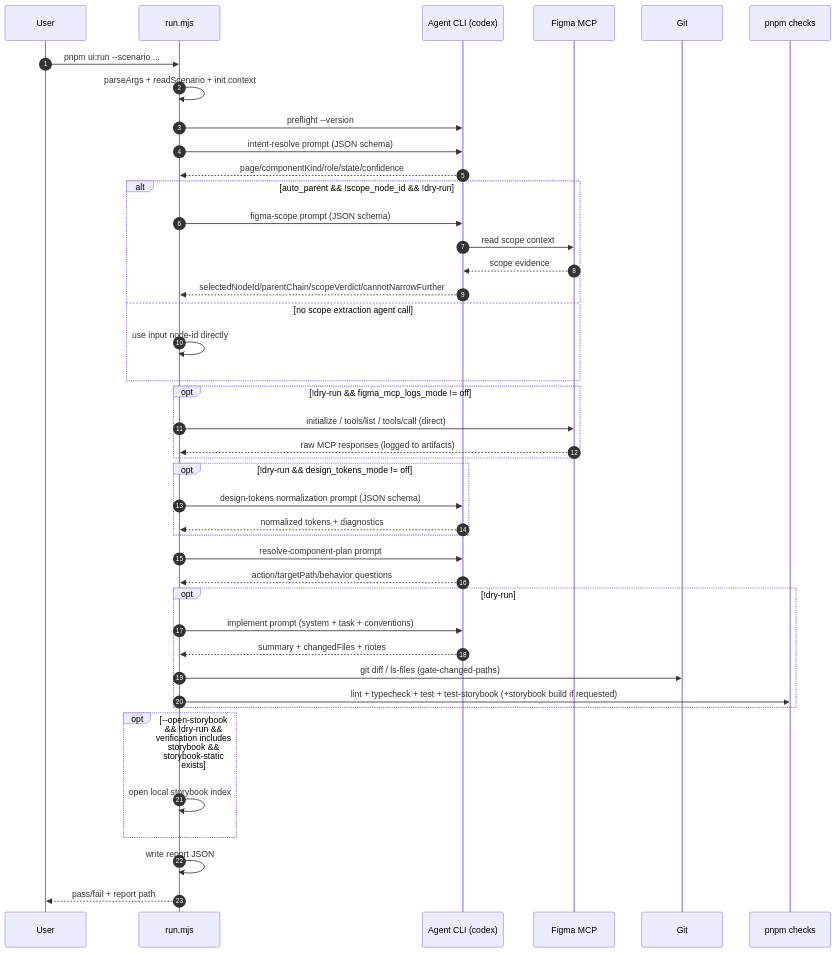
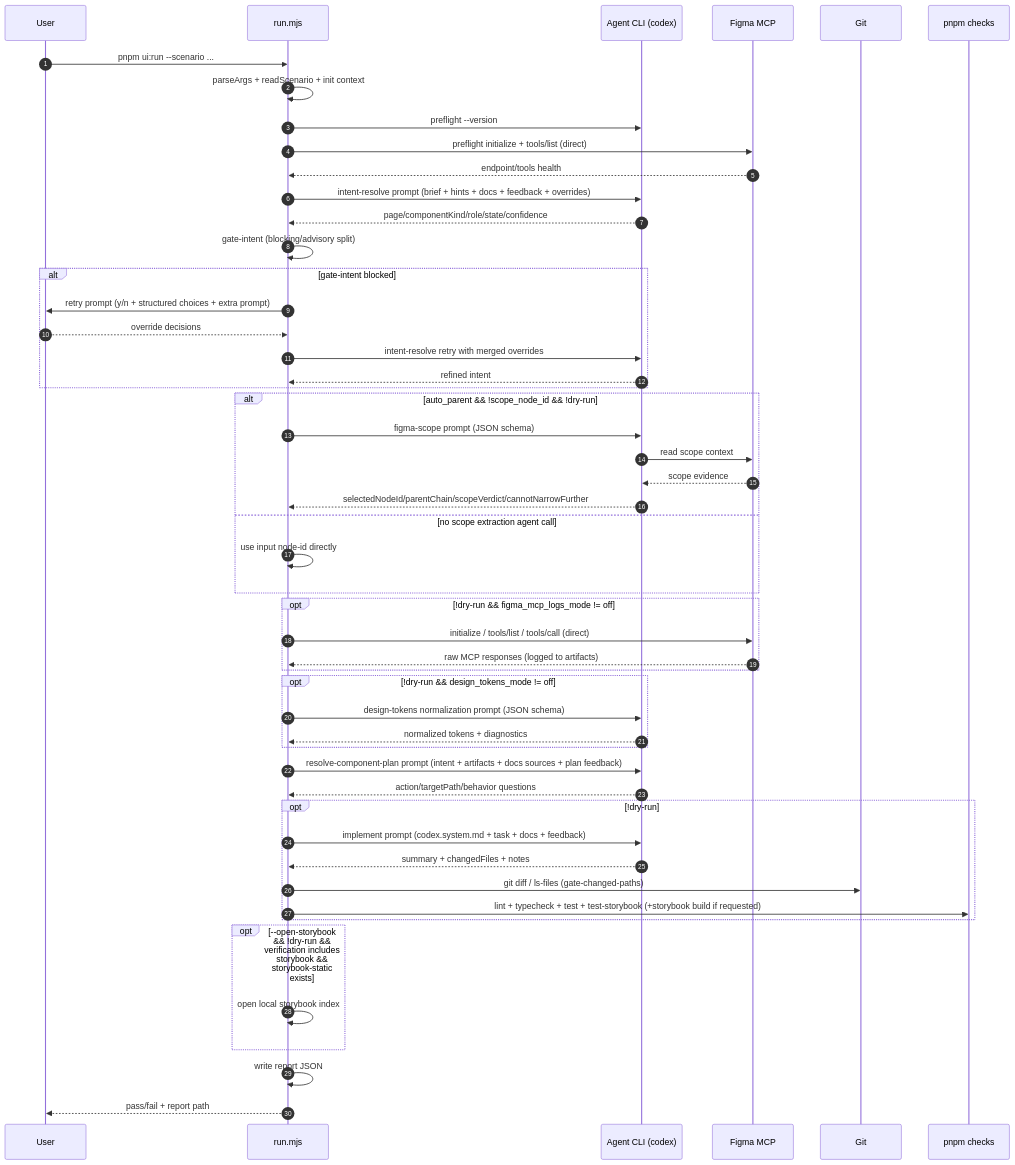
The second of 4 diagrams in orchestration/ui-components/README.md (TEAM-HOUME/HOUME-CLIENT), drawn with Mermaid before and after one commit. The commit also changed other lines of this file, not shown here.

````diff
--- a/orchestration/ui-components/README.md
+++ b/orchestration/ui-components/README.md
@@ -123,55 +134,65 @@
 ```mermaid
 sequenceDiagram
   autonumber
   participant U as User
   participant R as run.mjs
   participant A as Agent CLI (codex)
   participant M as Figma MCP
   participant G as Git
   participant P as pnpm checks
 
   U->>R: pnpm ui:run --scenario ...
   R->>R: parseArgs + readScenario + init context
   R->>A: preflight --version
+  R->>M: preflight initialize + tools/list (direct)
+  M-->>R: endpoint/tools health
 
-  R->>A: intent-resolve prompt (JSON schema)
+  R->>A: intent-resolve prompt (brief + hints + docs + feedback + overrides)
   A-->>R: page/componentKind/role/state/confidence
+  R->>R: gate-intent (blocking/advisory split)
+
+  alt gate-intent blocked
+    R->>U: retry prompt (y/n + structured choices + extra prompt)
+    U-->>R: override decisions
+    R->>A: intent-resolve retry with merged overrides
+    A-->>R: refined intent
+  end
 
   alt auto_parent && !scope_node_id && !dry-run
     R->>A: figma-scope prompt (JSON schema)
     A->>M: read scope context
     M-->>A: scope evidence
     A-->>R: selectedNodeId/parentChain/scopeVerdict/cannotNarrowFurther
   else no scope extraction agent call
     R->>R: use input node-id directly
   end
 
   opt !dry-run && figma_mcp_logs_mode != off
     R->>M: initialize / tools/list / tools/call (direct)
     M-->>R: raw MCP responses (logged to artifacts)
   end
 
   opt !dry-run && design_tokens_mode != off
     R->>A: design-tokens normalization prompt (JSON schema)
     A-->>R: normalized tokens + diagnostics
   end
 
-  R->>A: resolve-component-plan prompt
+  R->>A: resolve-component-plan prompt (intent + artifacts + docs sources + plan feedback)
   A-->>R: action/targetPath/behavior questions
 
   opt !dry-run
-    R->>A: implement prompt (system + task + conventions)
+    R->>A: implement prompt (codex.system.md + task + docs + feedback)
     A-->>R: summary + changedFiles + notes
 
     R->>G: git diff / ls-files (gate-changed-paths)
 
     R->>P: lint + typecheck + test + test-storybook (+storybook build if requested)
   end
 
   opt --open-storybook && !dry-run && verification includes storybook && storybook-static exists
     R->>R: open local storybook index
   end
 
   R->>R: write report JSON
   R-->>U: pass/fail + report path
 ```
````
